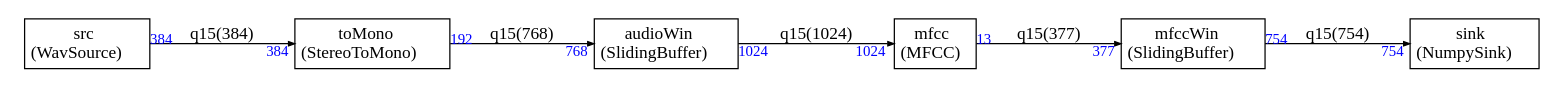
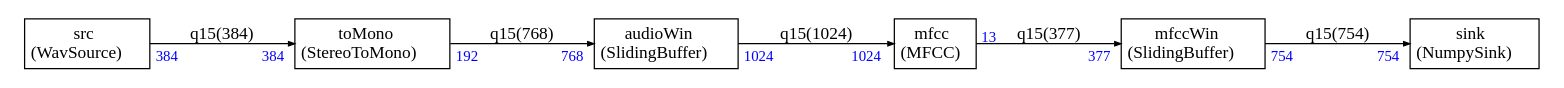
Before and after one commit to ARM-software/CMSIS-DSP: the diagram in SDFTools/examples/example5/test.dot, drawn with Graphviz. The commit also changed 14 other files, not shown here.

```diff
--- a/SDFTools/examples/example5/test.dot
+++ b/SDFTools/examples/example5/test.dot
@@ -1,66 +1,86 @@
 
 
 
 digraph structs {
     node [shape=plaintext]
     rankdir=LR
     edge [arrowsize=0.5]
     fontname="times"
 
 
 audioWin [label=<
 <TABLE BORDER="0" CELLBORDER="1" CELLSPACING="0" CELLPADDING="4">
   <TR>
     <TD ALIGN="CENTER" PORT="i">audioWin<BR/>(SlidingBuffer)</TD>
   </TR>
 </TABLE>>];
 
 mfcc [label=<
 <TABLE BORDER="0" CELLBORDER="1" CELLSPACING="0" CELLPADDING="4">
   <TR>
     <TD ALIGN="CENTER" PORT="i">mfcc<BR/>(MFCC)</TD>
   </TR>
 </TABLE>>];
 
 mfccWin [label=<
 <TABLE BORDER="0" CELLBORDER="1" CELLSPACING="0" CELLPADDING="4">
   <TR>
     <TD ALIGN="CENTER" PORT="i">mfccWin<BR/>(SlidingBuffer)</TD>
   </TR>
 </TABLE>>];
 
 sink [label=<
 <TABLE BORDER="0" CELLBORDER="1" CELLSPACING="0" CELLPADDING="4">
   <TR>
     <TD ALIGN="CENTER" PORT="i">sink<BR/>(NumpySink)</TD>
   </TR>
 </TABLE>>];
 
 src [label=<
 <TABLE BORDER="0" CELLBORDER="1" CELLSPACING="0" CELLPADDING="4">
   <TR>
     <TD ALIGN="CENTER" PORT="i">src<BR/>(WavSource)</TD>
   </TR>
 </TABLE>>];
 
 toMono [label=<
 <TABLE BORDER="0" CELLBORDER="1" CELLSPACING="0" CELLPADDING="4">
   <TR>
     <TD ALIGN="CENTER" PORT="i">toMono<BR/>(StereoToMono)</TD>
   </TR>
 </TABLE>>];
 
 
 
-src:i -> toMono:i [headlabel=<<FONT COLOR="blue" POINT-SIZE="12.0" >384</FONT>>,taillabel=<<FONT COLOR="blue" POINT-SIZE="12.0" >384</FONT>>,label="q15(384)"]
+src:i -> toMono:i [headlabel=<
+<TABLE BORDER="0" CELLPADDING="2"><TR><TD><FONT COLOR="blue" POINT-SIZE="12.0" >384</FONT>
+</TD></TR></TABLE>>,taillabel=<
+<TABLE BORDER="0" CELLPADDING="2"><TR><TD><FONT COLOR="blue" POINT-SIZE="12.0" >384</FONT>
+</TD></TR></TABLE>>,label="q15(384)"]
 
-toMono:i -> audioWin:i [headlabel=<<FONT COLOR="blue" POINT-SIZE="12.0" >768</FONT>>,taillabel=<<FONT COLOR="blue" POINT-SIZE="12.0" >192</FONT>>,label="q15(768)"]
+toMono:i -> audioWin:i [headlabel=<
+<TABLE BORDER="0" CELLPADDING="2"><TR><TD><FONT COLOR="blue" POINT-SIZE="12.0" >768</FONT>
+</TD></TR></TABLE>>,taillabel=<
+<TABLE BORDER="0" CELLPADDING="2"><TR><TD><FONT COLOR="blue" POINT-SIZE="12.0" >192</FONT>
+</TD></TR></TABLE>>,label="q15(768)"]
 
-audioWin:i -> mfcc:i [headlabel=<<FONT COLOR="blue" POINT-SIZE="12.0" >1024</FONT>>,taillabel=<<FONT COLOR="blue" POINT-SIZE="12.0" >1024</FONT>>,label="q15(1024)"]
+audioWin:i -> mfcc:i [headlabel=<
+<TABLE BORDER="0" CELLPADDING="2"><TR><TD><FONT COLOR="blue" POINT-SIZE="12.0" >1024</FONT>
+</TD></TR></TABLE>>,taillabel=<
+<TABLE BORDER="0" CELLPADDING="2"><TR><TD><FONT COLOR="blue" POINT-SIZE="12.0" >1024</FONT>
+</TD></TR></TABLE>>,label="q15(1024)"]
 
-mfcc:i -> mfccWin:i [headlabel=<<FONT COLOR="blue" POINT-SIZE="12.0" >377</FONT>>,taillabel=<<FONT COLOR="blue" POINT-SIZE="12.0" >13</FONT>>,label="q15(377)"]
+mfcc:i -> mfccWin:i [headlabel=<
+<TABLE BORDER="0" CELLPADDING="2"><TR><TD><FONT COLOR="blue" POINT-SIZE="12.0" >377</FONT>
+</TD></TR></TABLE>>,taillabel=<
+<TABLE BORDER="0" CELLPADDING="2"><TR><TD><FONT COLOR="blue" POINT-SIZE="12.0" >13</FONT>
+</TD></TR></TABLE>>,label="q15(377)"]
 
-mfccWin:i -> sink:i [headlabel=<<FONT COLOR="blue" POINT-SIZE="12.0" >754</FONT>>,taillabel=<<FONT COLOR="blue" POINT-SIZE="12.0" >754</FONT>>,label="q15(754)"]
+mfccWin:i -> sink:i [headlabel=<
+<TABLE BORDER="0" CELLPADDING="2"><TR><TD><FONT COLOR="blue" POINT-SIZE="12.0" >754</FONT>
+</TD></TR></TABLE>>,taillabel=<
+<TABLE BORDER="0" CELLPADDING="2"><TR><TD><FONT COLOR="blue" POINT-SIZE="12.0" >754</FONT>
+</TD></TR></TABLE>>,label="q15(754)"]
 
 
 }
```
